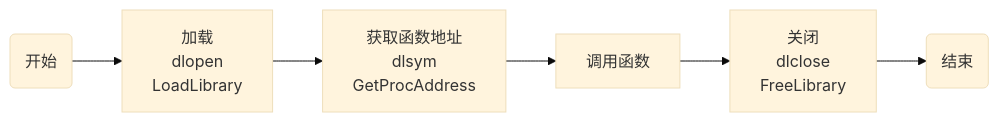
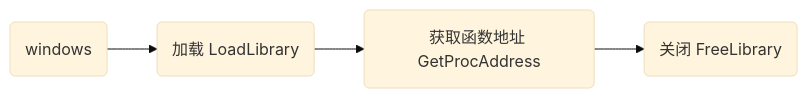
One commit to dmjcb/dmjcb.github.io changed the fourth of 5 diagrams in _posts/language/c_c++/library/2023-02-28-动态库.md. Above: the diagram before and after it, drawn with Mermaid (base theme). The commit also changed other lines of this file and 165 other files, not shown here.

````diff
--- a/_posts/language/c_c++/library/2023-02-28-动态库.md
+++ b/_posts/language/c_c++/library/2023-02-28-动态库.md
@@ -416,10 +414,4 @@
 ```mermaid
 graph LR;
-    X(开始)
-    A[加载<br>dlopen<br>LoadLibrary]
-    B[获取函数地址<br>dlsym<br>GetProcAddress]
-    C[调用函数]
-    D[关闭<br>dlclose<br>FreeLibrary]
-    Z(结束)
-    X-->A-->B-->C-->D-->Z
+    X(windows)-->A2(加载 LoadLibrary)-->B2(获取函数地址 GetProcAddress)-->C2(关闭 FreeLibrary)
 ```
````
